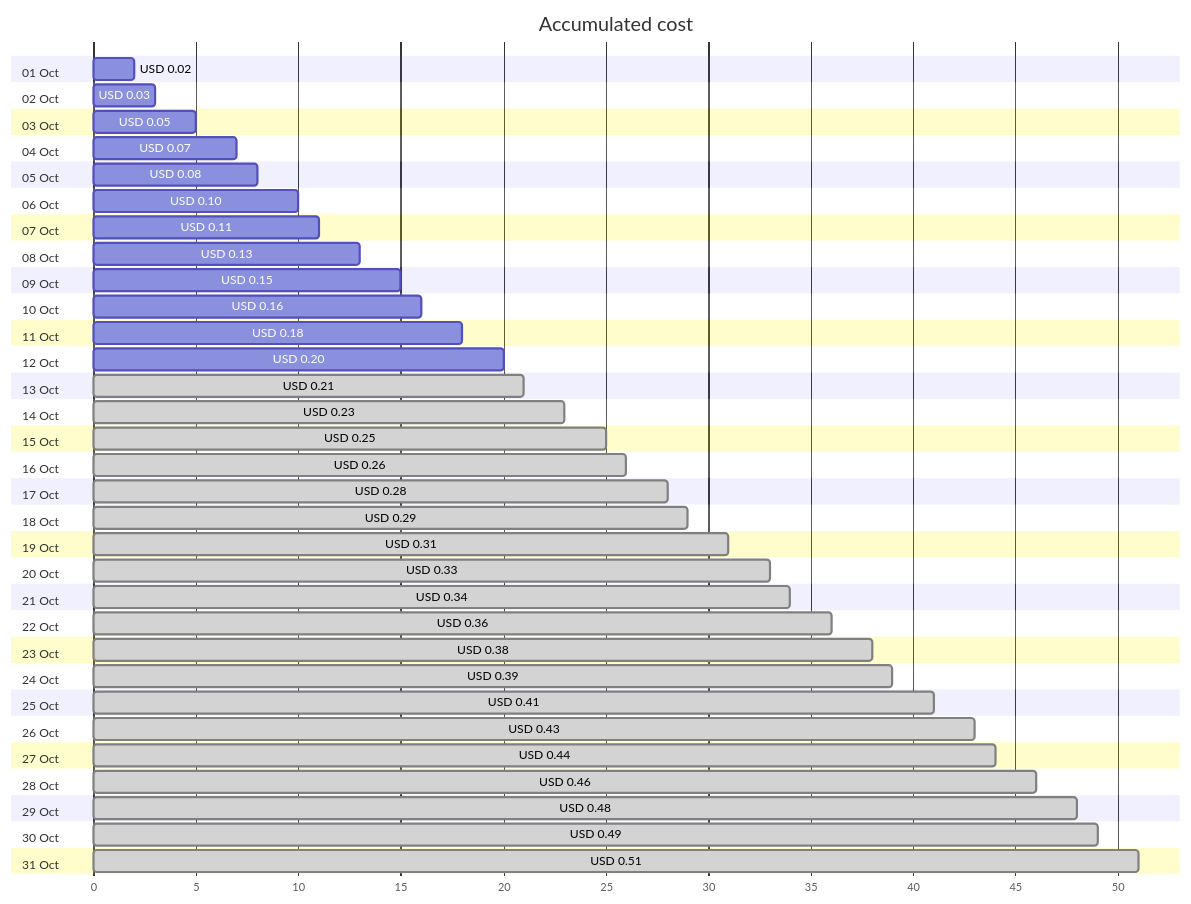
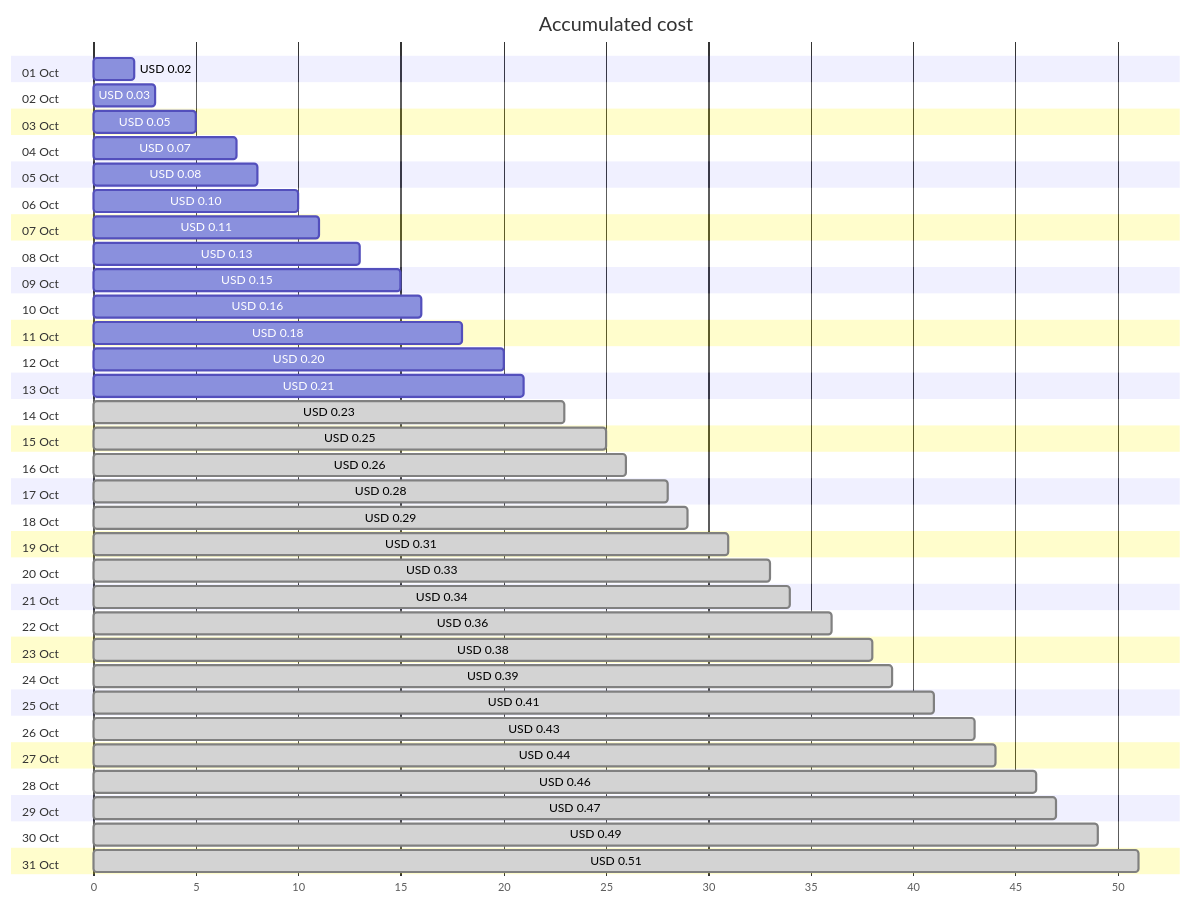
Before and after one commit to jpfulton/azure-personal-reports: the first of 4 diagrams in cost-reports/personal-dns/jpatrickfulton.dev.md, drawn with Mermaid. The commit also changed other lines of this file and 2 other files, not shown here.

````diff
--- a/cost-reports/personal-dns/jpatrickfulton.dev.md
+++ b/cost-reports/personal-dns/jpatrickfulton.dev.md
@@ -20,68 +20,68 @@
 ```mermaid
 gantt
    title Accumulated cost
    dateFormat  X
    axisFormat %s
    section 01 Oct
    USD 0.02 :0, 2
    section 02 Oct
    USD 0.03 :0, 3
    section 03 Oct
    USD 0.05 :0, 5
    section 04 Oct
    USD 0.07 :0, 7
    section 05 Oct
    USD 0.08 :0, 8
    section 06 Oct
    USD 0.10 :0, 10
    section 07 Oct
    USD 0.11 :0, 11
    section 08 Oct
    USD 0.13 :0, 13
    section 09 Oct
    USD 0.15 :0, 15
    section 10 Oct
    USD 0.16 :0, 16
    section 11 Oct
    USD 0.18 :0, 18
    section 12 Oct
    USD 0.20 :0, 20
    section 13 Oct
-   USD 0.21 : done, 0, 21
+   USD 0.21 :0, 21
    section 14 Oct
    USD 0.23 : done, 0, 23
    section 15 Oct
    USD 0.25 : done, 0, 25
    section 16 Oct
    USD 0.26 : done, 0, 26
    section 17 Oct
    USD 0.28 : done, 0, 28
    section 18 Oct
    USD 0.29 : done, 0, 29
    section 19 Oct
    USD 0.31 : done, 0, 31
    section 20 Oct
    USD 0.33 : done, 0, 33
    section 21 Oct
    USD 0.34 : done, 0, 34
    section 22 Oct
    USD 0.36 : done, 0, 36
    section 23 Oct
    USD 0.38 : done, 0, 38
    section 24 Oct
    USD 0.39 : done, 0, 39
    section 25 Oct
    USD 0.41 : done, 0, 41
    section 26 Oct
    USD 0.43 : done, 0, 43
    section 27 Oct
    USD 0.44 : done, 0, 44
    section 28 Oct
    USD 0.46 : done, 0, 46
    section 29 Oct
-   USD 0.48 : done, 0, 48
+   USD 0.47 : done, 0, 47
    section 30 Oct
    USD 0.49 : done, 0, 49
    section 31 Oct
    USD 0.51 : done, 0, 51
 ```
````
